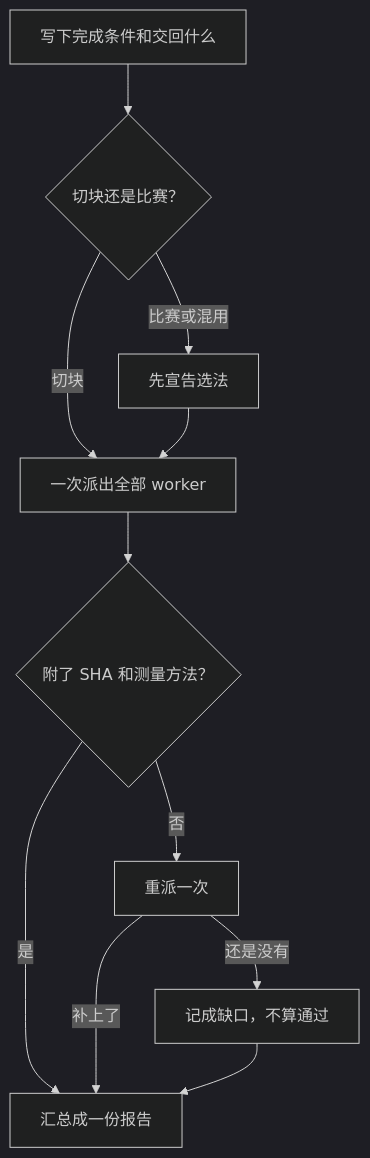
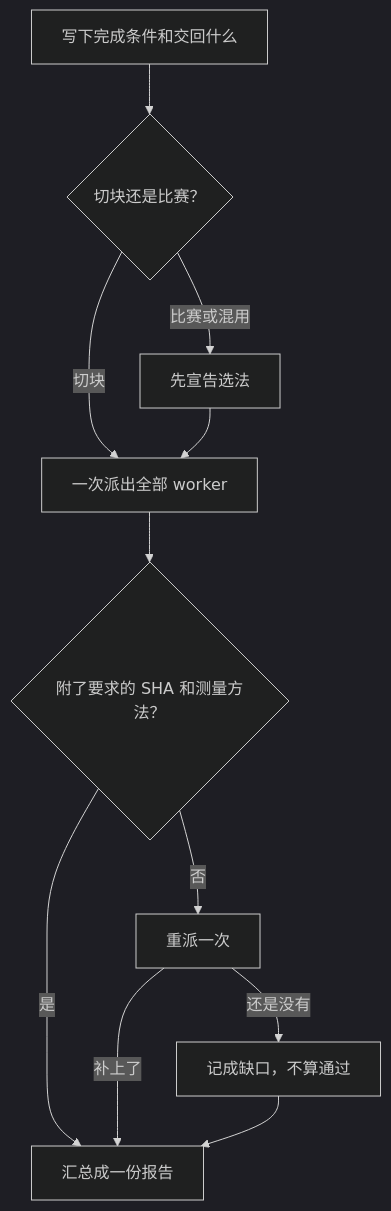
Before and after one commit to justmaocom/justmaocom.github.io: the third of 3 diagrams in _posts/zh-CN/2026-10-23-pstack-understand-design.md, drawn with Mermaid (dark theme). The commit also changed other lines of this file and 18 other files, not shown here.

````diff
--- a/_posts/zh-CN/2026-10-23-pstack-understand-design.md
+++ b/_posts/zh-CN/2026-10-23-pstack-understand-design.md
@@ -326,13 +326,13 @@
 ```mermaid
 flowchart TD
   A[写下完成条件和交回什么] --> B{切块还是比赛？}
   B -->|切块| D[一次派出全部 worker]
   B -->|比赛或混用| C[先宣告选法]
   C --> D
-  D --> E{附了 SHA 和测量方法？}
+  D --> E{附了要求的 SHA 和测量方法？}
   E -->|是| G[汇总成一份报告]
   E -->|否| F[重派一次]
   F -->|补上了| G
   F -->|还是没有| H[记成缺口，不算通过]
   H --> G
 ```
````
